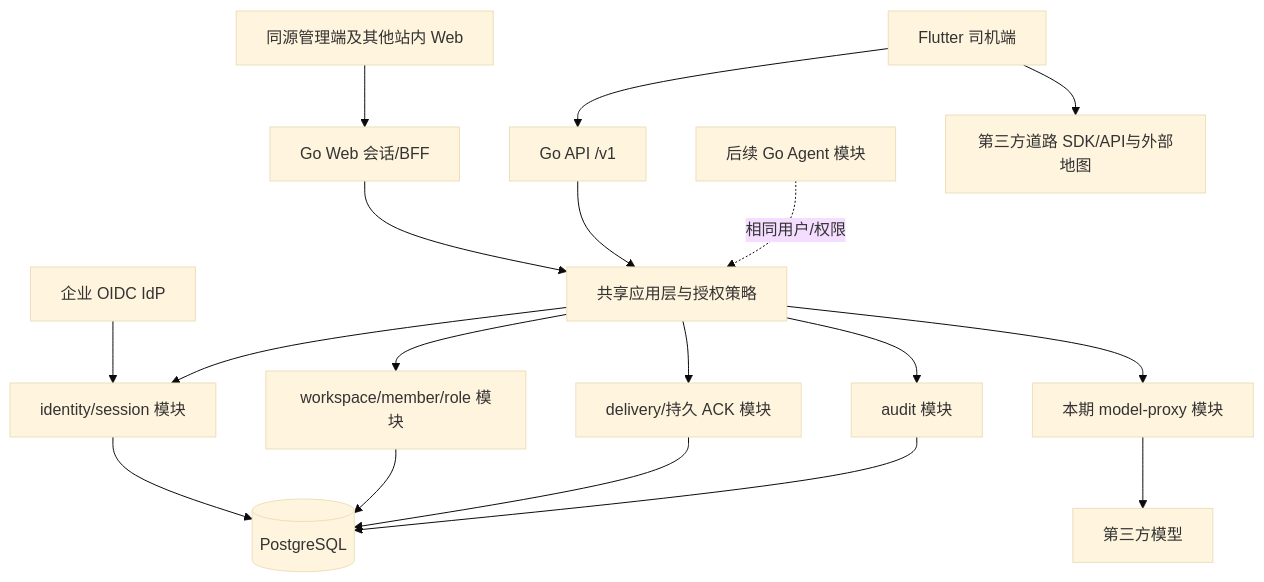
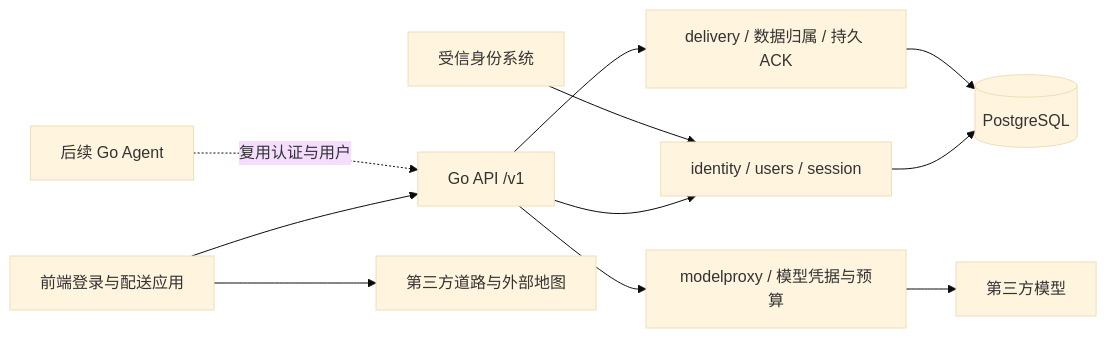
Before and after one commit to KuroGeo/transvirtual-driver-delivery: the diagram in docs/next-phase/backend-go.md, drawn with Mermaid (base theme). The commit also changed other lines of this file and 40 other files, not shown here.

````diff
--- a/docs/next-phase/backend-go.md
+++ b/docs/next-phase/backend-go.md
@@ -7,20 +7,13 @@
 ```mermaid
-flowchart TD
-  APP[Flutter 司机端] --> API[Go API /v1]
-  WEB[同源管理端及其他站内 Web] --> BFF[Go Web 会话/BFF]
-  BFF --> MOD[共享应用层与授权策略]
-  API --> MOD
-  IDP[企业 OIDC IdP] --> AUTH[identity/session 模块]
-  MOD --> AUTH
-  MOD --> ORG[workspace/member/role 模块]
-  MOD --> DELIVERY[delivery/持久 ACK 模块]
-  MOD --> AUDIT[audit 模块]
-  MOD --> PROXY[本期 model-proxy 模块]
+flowchart LR
+  APP[前端登录与配送应用] --> API[Go API /v1]
+  API --> AUTH[identity / users / session]
+  API --> DELIVERY[delivery / 数据归属 / 持久 ACK]
+  API --> PROXY[modelproxy / 模型凭据与预算]
   AUTH --> DB[(PostgreSQL)]
-  ORG --> DB
   DELIVERY --> DB
-  AUDIT --> DB
+  IDP[受信身份系统] --> AUTH
   PROXY --> MODEL[第三方模型]
-  AGENT[后续 Go Agent 模块] -. 相同用户/权限 .-> MOD
-  APP --> MAP[第三方道路 SDK/API与外部地图]
+  APP --> MAP[第三方道路与外部地图]
+  FUTURE[后续 Go Agent] -. 复用认证与用户 .-> API
 ```
````
